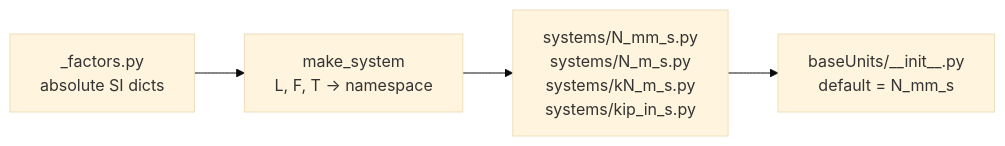
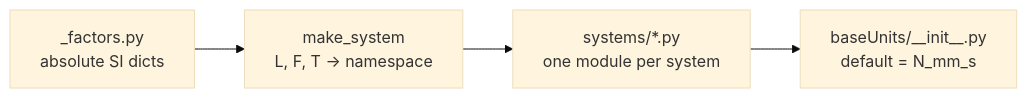
One commit to nmorabowen/baseUnits changed the diagram in docs/architecture.md. Above: the diagram before and after it, drawn with Mermaid (base theme). The commit also changed other lines of this file and 1 other file, not shown here.

First line of the commit message:
Point architecture.md at the generated Systems page

````diff
--- a/docs/architecture.md
+++ b/docs/architecture.md
@@ -5,6 +5,6 @@
 ```mermaid
 flowchart LR
     A[_factors.py<br/>absolute SI dicts] --> B[make_system<br/>L, F, T -> namespace]
-    B --> C[systems/N_mm_s.py<br/>systems/N_m_s.py<br/>systems/kN_m_s.py<br/>systems/kip_in_s.py]
+    B --> C[systems/*.py<br/>one module per system]
     C --> D[baseUnits/__init__.py<br/>default = N_mm_s]
 ```
````
